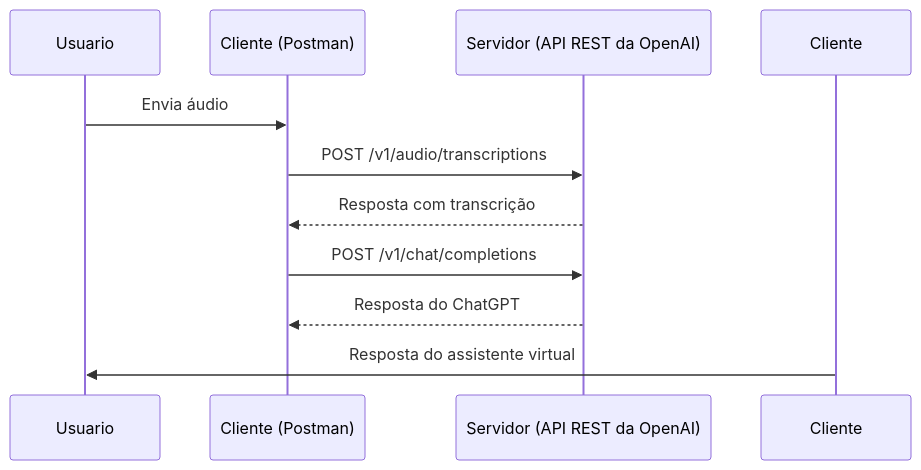
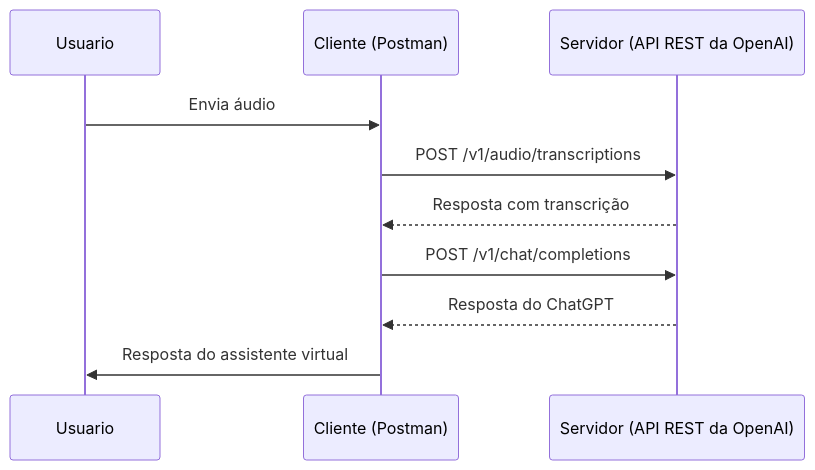
Before and after one commit to digitalinnovationone/arquitetura-cliente-servidor: the diagram in README.md, drawn with Mermaid.

````diff
--- a/README.md
+++ b/README.md
@@ -109,12 +109,12 @@
 ```mermaid
 sequenceDiagram
     participant Usuario
     participant Cliente (Postman)
     participant Servidor (API REST da OpenAI)
     Usuario ->> Cliente (Postman): Envia áudio
     Cliente (Postman) ->> Servidor (API REST da OpenAI): POST /v1/audio/transcriptions
     Servidor (API REST da OpenAI) -->> Cliente (Postman): Resposta com transcrição
     Cliente (Postman) ->> Servidor (API REST da OpenAI): POST /v1/chat/completions
     Servidor (API REST da OpenAI) -->> Cliente (Postman): Resposta do ChatGPT
-    Cliente ->> Usuario: Resposta do assistente virtual
+    Cliente (Postman) ->> Usuario: Resposta do assistente virtual
 ```
````
